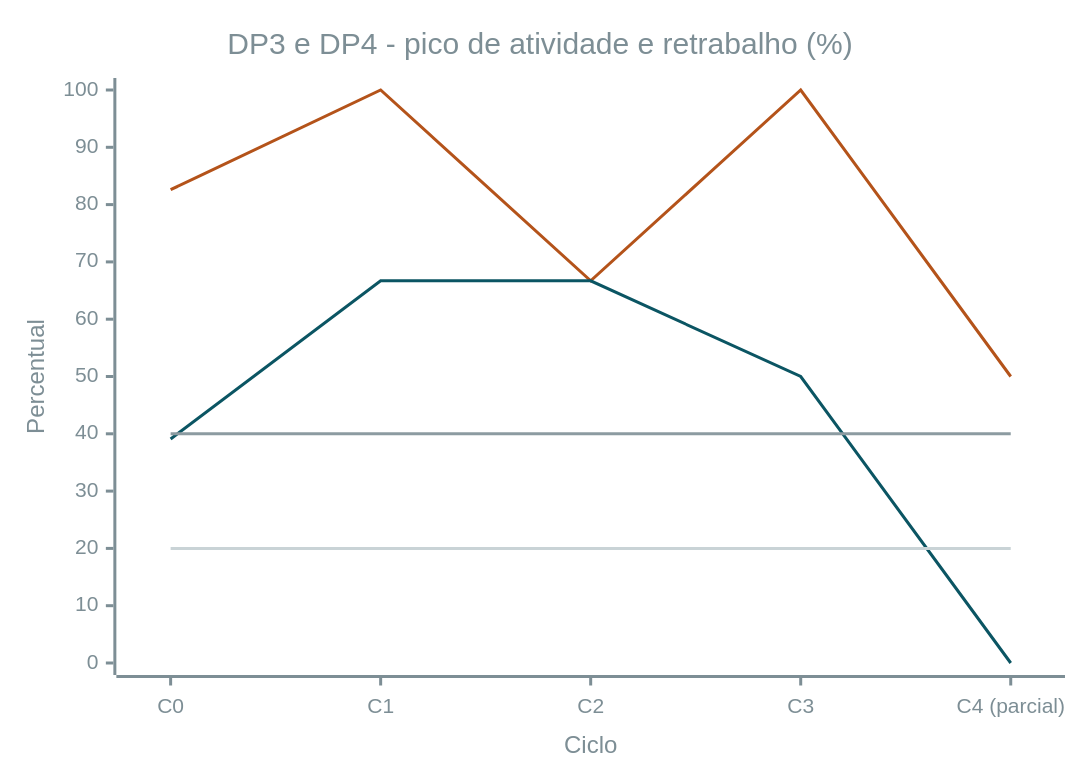
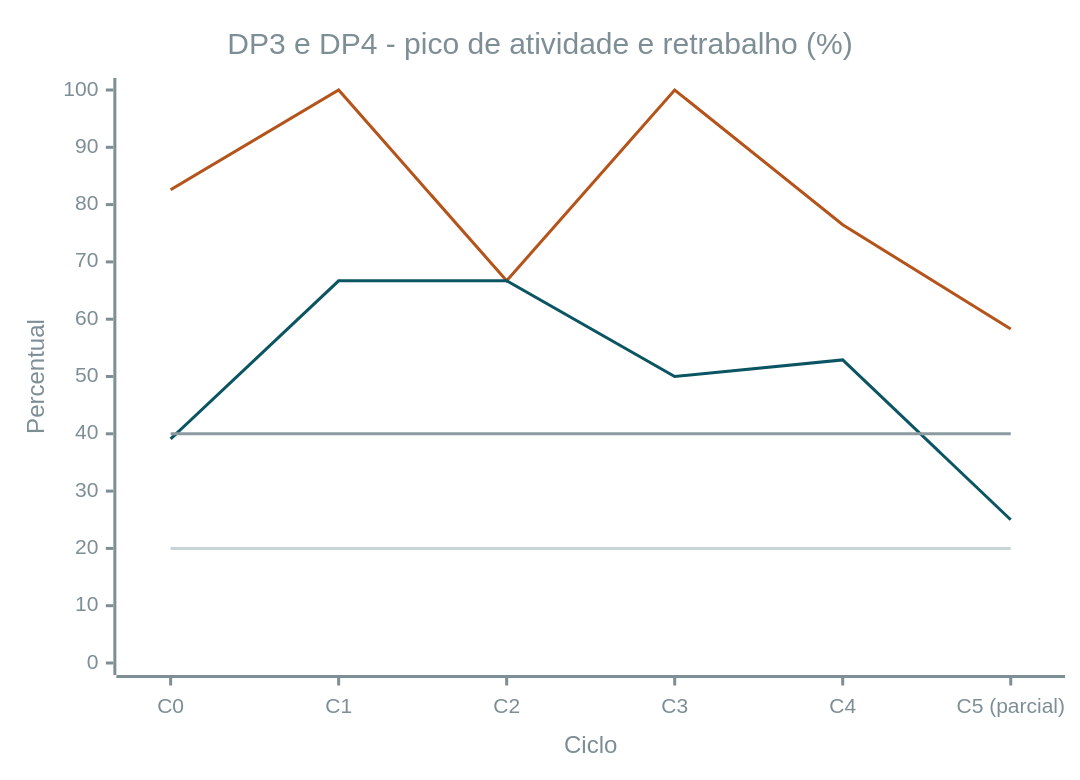
Diagram 27 of 29 in docs/gestao/registro-de-medicoes.md (FCTE-Qualidade-de-Software-1/2026-2_T02_FRANCES_ALLEN), drawn with Mermaid before and after one commit. The commit also changed other lines of this file and 2 other files, not shown here.

First line of the commit message:
PSM: fechamento do ciclo 4 e coleta parcial do ciclo 5

````diff
--- a/docs/gestao/registro-de-medicoes.md
+++ b/docs/gestao/registro-de-medicoes.md
@@ -805,26 +1000,26 @@
 ```mermaid
 ---
 config:
   themeVariables:
     xyChart:
       plotColorPalette: "#B4531A, #0B5563, #8C9BA1, #C9D3D6"
       titleColor: "#7D8E95"
       xAxisLabelColor: "#7D8E95"
       xAxisTitleColor: "#7D8E95"
       xAxisLineColor: "#7D8E95"
       xAxisTickColor: "#7D8E95"
       yAxisLabelColor: "#7D8E95"
       yAxisTitleColor: "#7D8E95"
       yAxisLineColor: "#7D8E95"
       yAxisTickColor: "#7D8E95"
       backgroundColor: "transparent"
 ---
 xychart-beta
     title "DP3 e DP4 - pico de atividade e retrabalho (%)"
-    x-axis "Ciclo" ["C0", "C1", "C2", "C3", "C4 (parcial)"]
+    x-axis "Ciclo" ["C0", "C1", "C2", "C3", "C4", "C5 (parcial)"]
     y-axis "Percentual" 0 --> 100
-    line [82.6, 100, 66.7, 100, 50.0]
-    line [39.1, 66.7, 66.7, 50.0, 0]
-    line [40, 40, 40, 40, 40]
-    line [20, 20, 20, 20, 20]
+    line [82.6, 100, 66.7, 100, 76.5, 58.3]
+    line [39.1, 66.7, 66.7, 50.0, 52.9, 25.0]
+    line [40, 40, 40, 40, 40, 40]
+    line [20, 20, 20, 20, 20, 20]
 ```
````
